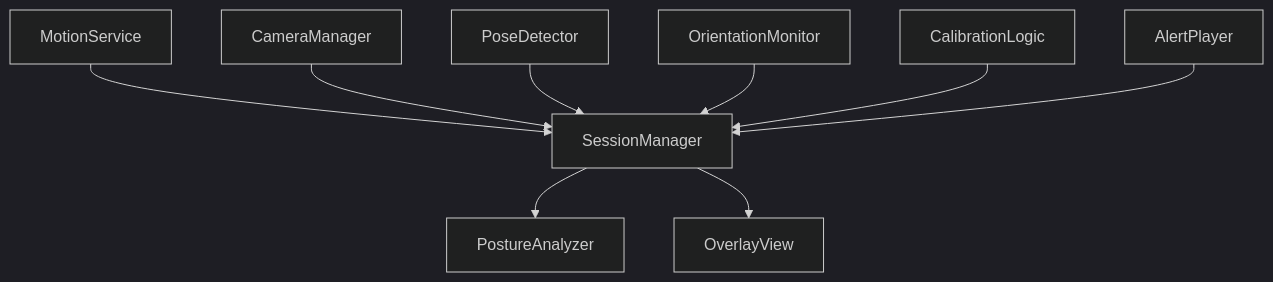
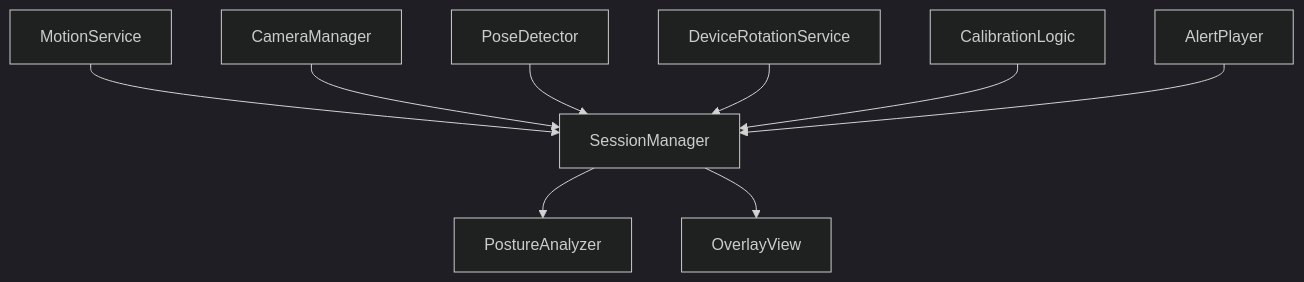
Before and after one commit to da-shina/nekoze-fix: the first of 3 diagrams in .kiro/specs/nekoze-fix/design.md, drawn with Mermaid (dark theme). The commit also changed other lines of this file and 3 other files, not shown here.

First line of the commit message:
docs: integrate ios17-baseline rotation service into nekoze-fix spec

````diff
--- a/.kiro/specs/nekoze-fix/design.md
+++ b/.kiro/specs/nekoze-fix/design.md
@@ -67,11 +67,11 @@
 ```mermaid
 graph TB
     MotionService --> SessionManager
     CameraManager --> SessionManager
     PoseDetector --> SessionManager
-    OrientationMonitor --> SessionManager
+    DeviceRotationService --> SessionManager
     SessionManager --> PostureAnalyzer
     SessionManager --> OverlayView
     CalibrationLogic --> SessionManager
     AlertPlayer --> SessionManager
 ```
````
